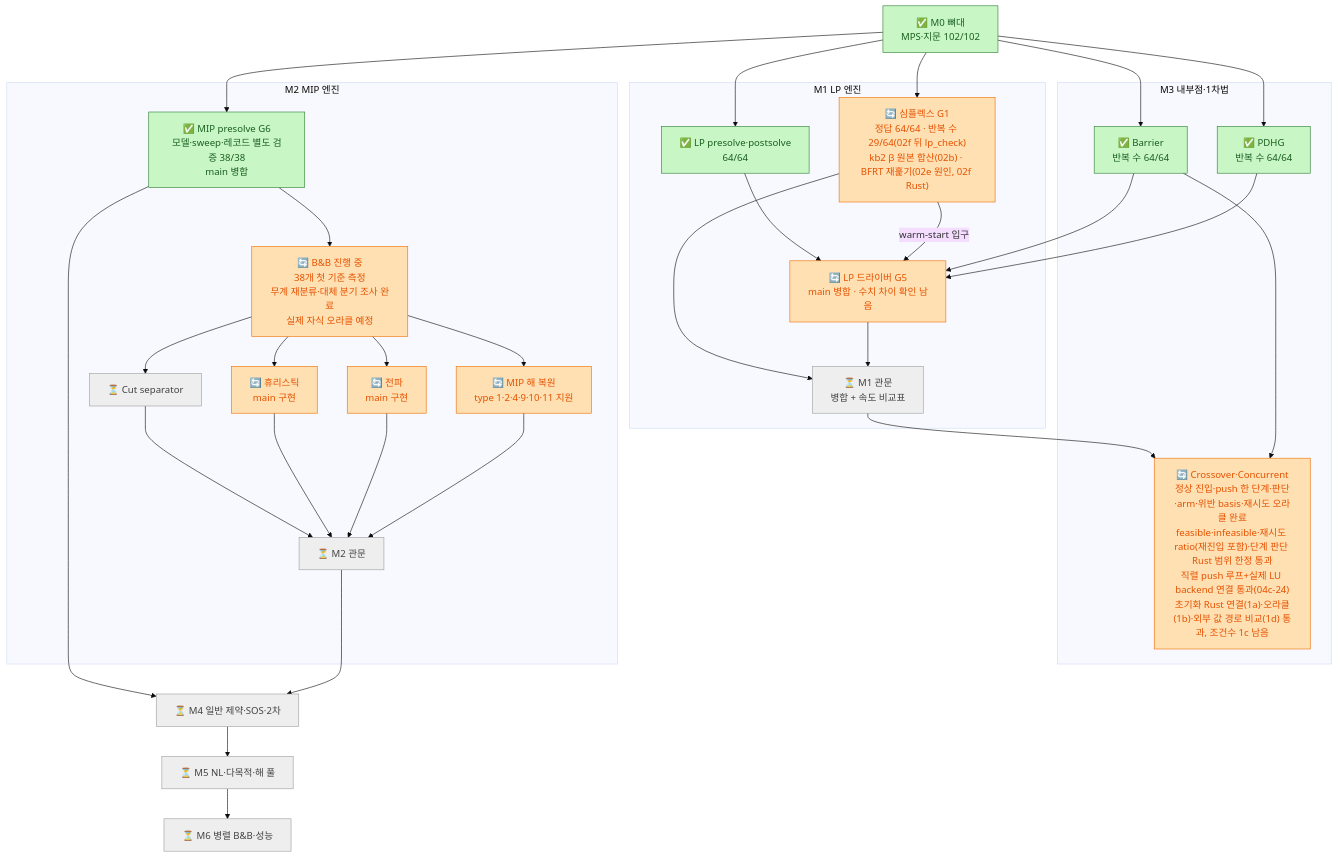
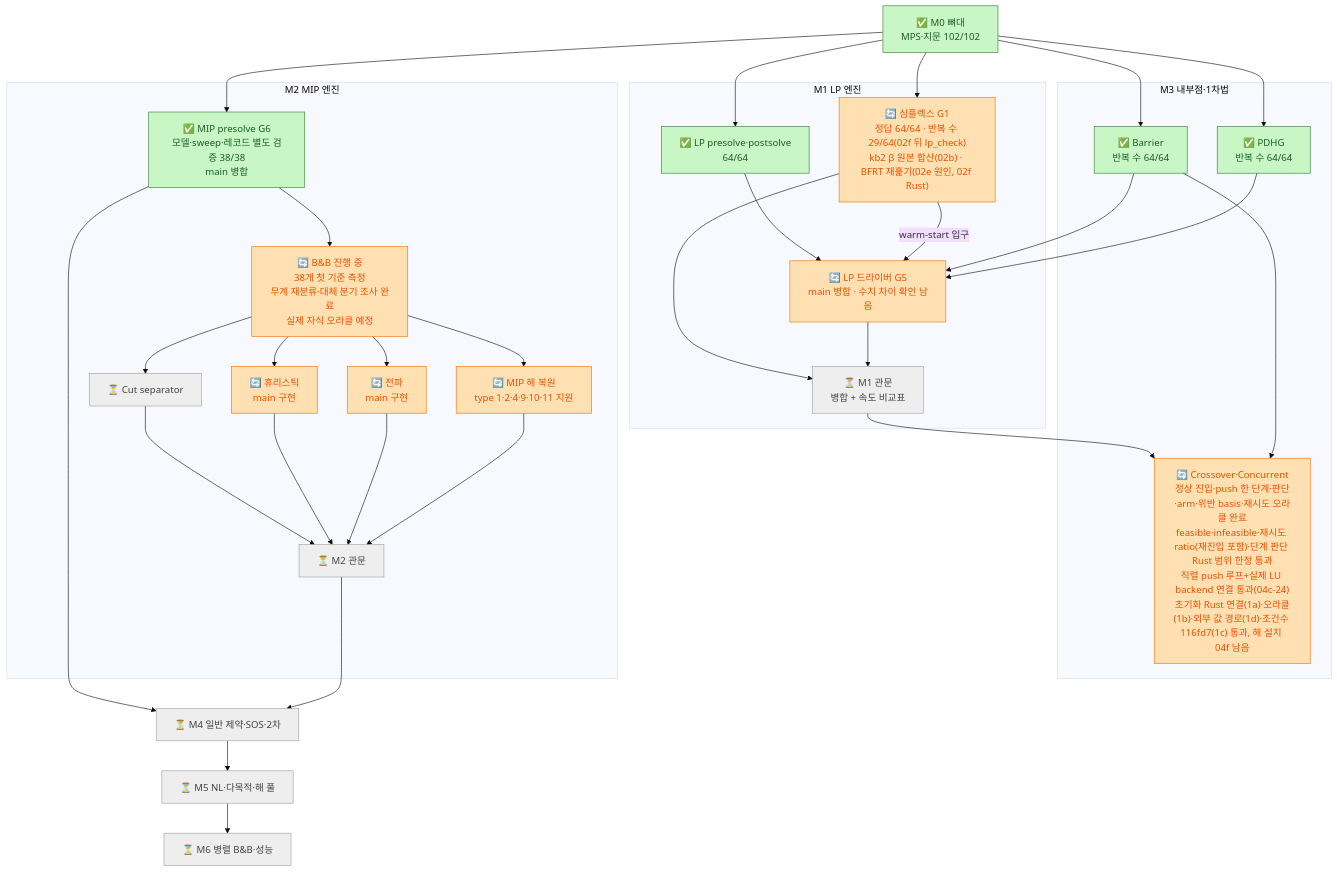
One commit to kjh278231/kerobi changed the diagram in docs/12_roadmap_diagram.md. Above: the diagram before and after it, drawn with Mermaid (base theme). The commit also changed other lines of this file and 7 other files, not shown here.

````diff
--- a/docs/12_roadmap_diagram.md
+++ b/docs/12_roadmap_diagram.md
@@ -205,49 +207,49 @@
 ```mermaid
 flowchart TD
     classDef done fill:#c8f7c5,stroke:#2e7d32,color:#1b5e20
     classDef doing fill:#ffe0b2,stroke:#ef6c00,color:#e65100
     classDef pending fill:#bbdefb,stroke:#1565c0,color:#0d47a1
     classDef todo fill:#eeeeee,stroke:#9e9e9e,color:#424242
 
     M0["✅ M0 뼈대<br/>MPS·지문 102/102"]:::done
 
     subgraph M1["M1 LP 엔진"]
         PRE["✅ LP presolve·postsolve<br/>64/64"]:::done
         SPX["🔄 심플렉스 G1<br/>정답 64/64 · 반복 수 29/64(02f 뒤 lp_check)<br/>kb2 β 원본 합산(02b) · BFRT 재훑기(02e 원인, 02f Rust)"]:::doing
         DRV["🔄 LP 드라이버 G5<br/>main 병합 · 수치 차이 확인 남음"]:::doing
         GATE1["⏳ M1 관문<br/>병합 + 속도 비교표"]:::todo
     end
 
     subgraph M3["M3 내부점·1차법"]
         BAR["✅ Barrier<br/>반복 수 64/64"]:::done
         PDHG["✅ PDHG<br/>반복 수 64/64"]:::done
-        XO["🔄 Crossover·Concurrent<br/>정상 진입·push 한 단계·판단·arm·위반 basis·재시도 오라클 완료<br/>feasible·infeasible·재시도 ratio(재진입 포함)·단계 판단 Rust 범위 한정 통과<br/>직렬 push 루프+실제 LU backend 연결 통과(04c-24)<br/>초기화 Rust 연결(1a)·오라클(1b)·외부 값 경로 비교(1d) 통과, 조건수 1c 남음"]:::doing
+        XO["🔄 Crossover·Concurrent<br/>정상 진입·push 한 단계·판단·arm·위반 basis·재시도 오라클 완료<br/>feasible·infeasible·재시도 ratio(재진입 포함)·단계 판단 Rust 범위 한정 통과<br/>직렬 push 루프+실제 LU backend 연결 통과(04c-24)<br/>초기화 Rust 연결(1a)·오라클(1b)·외부 값 경로(1d)·조건수 116fd7(1c) 통과, 해 설치 04f 남음"]:::doing
     end
 
     subgraph M2["M2 MIP 엔진"]
         MPRE["✅ MIP presolve G6<br/>모델·sweep·레코드 별도 검증 38/38<br/>main 병합"]:::done
         BNB["🔄 B&B 진행 중<br/>38개 첫 기준 측정<br/>무계 재분류·대체 분기 조사 완료<br/>실제 자식 오라클 예정"]:::doing
         CUT["⏳ Cut separator"]:::todo
         HEU["🔄 휴리스틱<br/>main 구현"]:::doing
         PROP["🔄 전파<br/>main 구현"]:::doing
         POST["🔄 MIP 해 복원<br/>type 1·2·4·9·10·11 지원"]:::doing
         GATE2["⏳ M2 관문"]:::todo
     end
 
     M4["⏳ M4 일반 제약·SOS·2차"]:::todo
     M5["⏳ M5 NL·다목적·해 풀"]:::todo
     M6["⏳ M6 병렬 B&B·성능"]:::todo
 
     M0 --> PRE & SPX & BAR & PDHG & MPRE
     PRE --> DRV
     BAR & PDHG --> DRV
     SPX -- "warm-start 입구" --> DRV
     SPX & DRV --> GATE1
     GATE1 --> XO
     BAR --> XO
     MPRE --> BNB
     BNB --> CUT & HEU & PROP & POST
     CUT & HEU & PROP & POST --> GATE2
     MPRE --> M4
     GATE2 --> M4 --> M5 --> M6
 ```
````
